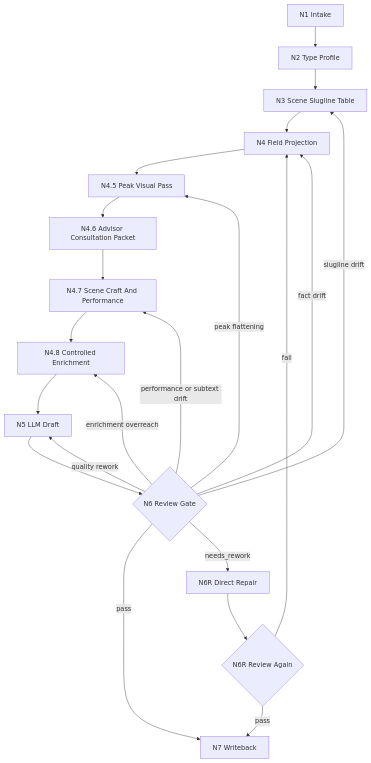
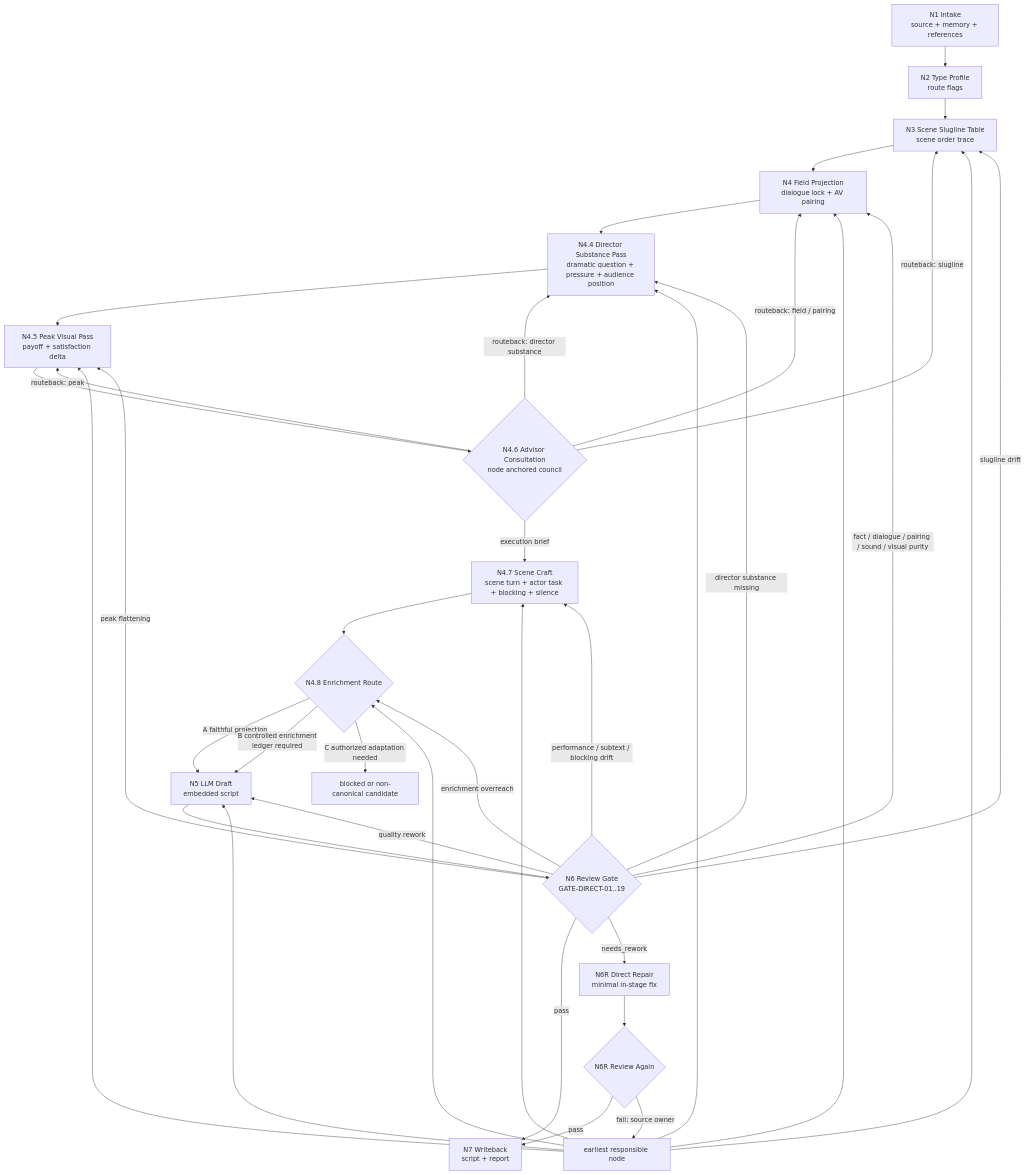
The first of 2 diagrams in .agents/skills/aigc/2-编导/steps/directing-workflow.md (ZEN-VOID/AI-CUT), drawn with Mermaid before and after one commit. The commit also changed other lines of this file and 173 other files, not shown here.

````diff
--- a/.agents/skills/aigc/2-编导/steps/directing-workflow.md
+++ b/.agents/skills/aigc/2-编导/steps/directing-workflow.md
@@ -63,23 +85,38 @@
 ```mermaid
 flowchart TD
-    A["N1 Intake"] --> B["N2 Type Profile"]
-    B --> C["N3 Scene Slugline Table"]
-    C --> D["N4 Field Projection"]
-    D --> H["N4.5 Peak Visual Pass"]
-    H --> I["N4.6 Advisor Consultation Packet"]
-    I --> CRAFT["N4.7 Scene Craft And Performance"]
-    CRAFT --> ENRICH["N4.8 Controlled Enrichment"]
-    ENRICH --> E["N5 LLM Draft"]
-    E --> F{"N6 Review Gate"}
-    F -->|"pass"| G["N7 Writeback"]
-    F -->|"needs_rework"| R["N6R Direct Repair"]
+    A["N1 Intake\nsource + memory + references"] --> B["N2 Type Profile\nroute flags"]
+    B --> C["N3 Scene Slugline Table\nscene order trace"]
+    C --> D["N4 Field Projection\ndialogue lock + AV pairing"]
+    D --> DIR["N4.4 Director Substance Pass\ndramatic question + pressure + audience position"]
+    DIR --> H["N4.5 Peak Visual Pass\npayoff + satisfaction delta"]
+    H --> I{"N4.6 Advisor Consultation\nnode anchored council"}
+    I -->|"routeback: slugline"| C
+    I -->|"routeback: field / pairing"| D
+    I -->|"routeback: director substance"| DIR
+    I -->|"routeback: peak"| H
+    I -->|"execution brief"| CRAFT["N4.7 Scene Craft\nscene turn + actor task + blocking + silence"]
+    CRAFT --> ENRICH{"N4.8 Enrichment Route"}
+    ENRICH -->|"A faithful projection"| E["N5 LLM Draft\nembedded script"]
+    ENRICH -->|"B controlled enrichment\nledger required"| E
+    ENRICH -->|"C authorized adaptation needed"| X["blocked or non-canonical candidate"]
+    E --> F{"N6 Review Gate\nGATE-DIRECT-01..19"}
+    F -->|"pass"| G["N7 Writeback\nscript + report"]
+    F -->|"needs_rework"| R["N6R Direct Repair\nminimal in-stage fix"]
     R --> RR{"N6R Review Again"}
     RR -->|"pass"| G
-    RR -->|"fail"| D
-    F -->|"fact drift"| D
+    RR -->|"fail: source owner"| BACK["earliest responsible node"]
+    BACK --> C
+    BACK --> D
+    BACK --> DIR
+    BACK --> H
+    BACK --> CRAFT
+    BACK --> ENRICH
+    BACK --> E
+    F -->|"slugline drift"| C
+    F -->|"fact / dialogue / pairing / sound / visual purity"| D
+    F -->|"director substance missing"| DIR
     F -->|"peak flattening"| H
-    F -->|"slugline drift"| C
-    F -->|"performance or subtext drift"| CRAFT
+    F -->|"performance / subtext / blocking drift"| CRAFT
     F -->|"enrichment overreach"| ENRICH
     F -->|"quality rework"| E
 ```
````
